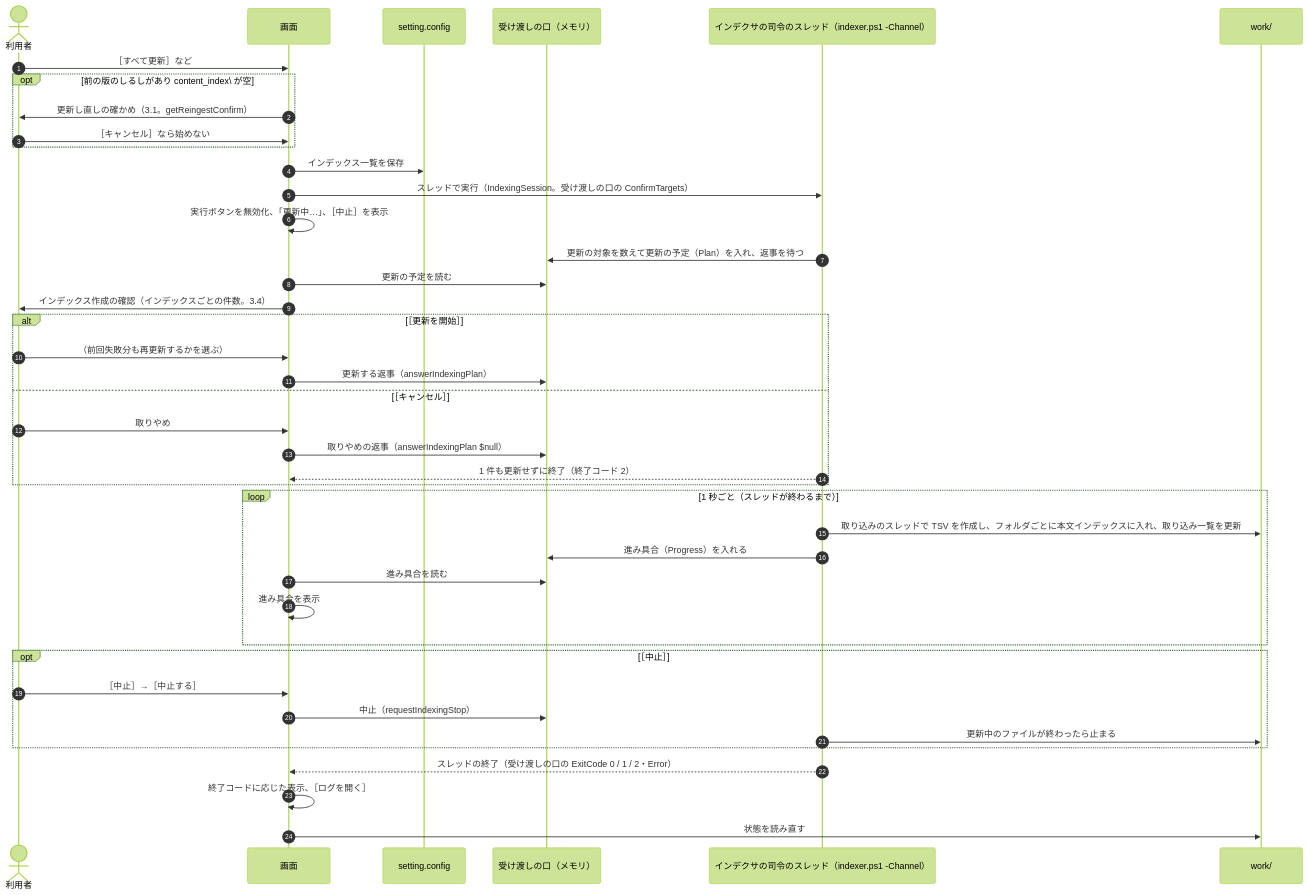
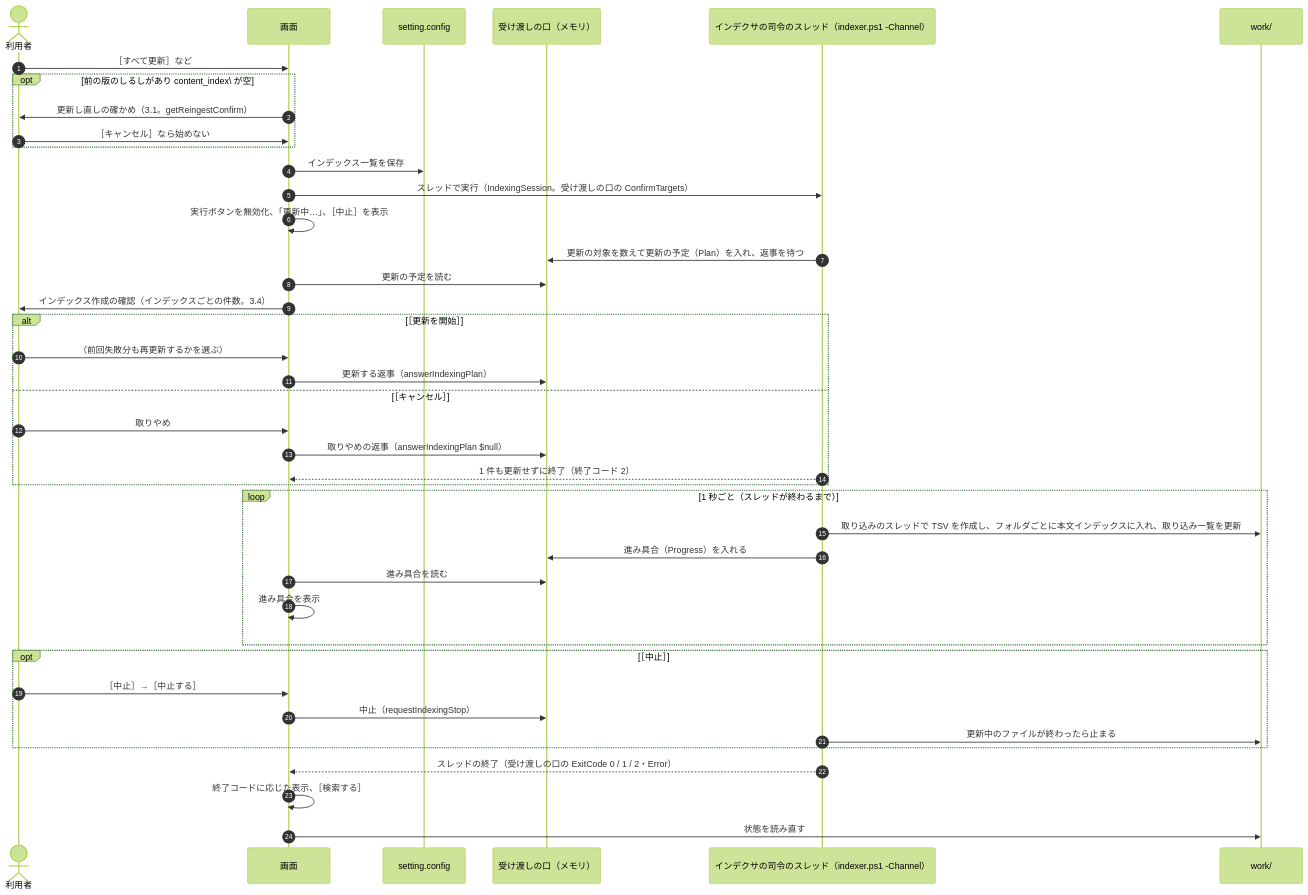
One commit to hsgwa/tebunko changed the third of 5 diagrams in docs/design/gui/state-flow.md. Above: the diagram before and after it, drawn with Mermaid (forest theme). The commit also changed 8 other files, not shown here.

````diff
--- a/docs/design/gui/state-flow.md
+++ b/docs/design/gui/state-flow.md
@@ -85,44 +85,44 @@
 ```mermaid
 sequenceDiagram
     autonumber
     actor U as 利用者
     participant G as 画面
     participant C as setting.config
     participant K as 受け渡しの口（メモリ）
     participant P as インデクサの司令のスレッド（indexer.ps1 -Channel）
     participant W as work/
 
     U->>G: ［すべて更新］など
     opt 前の版のしるしがあり content_index\ が空
         G->>U: 更新し直しの確かめ（3.1。getReingestConfirm）
         U->>G: ［キャンセル］なら始めない
     end
     G->>C: インデックス一覧を保存
     G->>P: スレッドで実行（IndexingSession。受け渡しの口の ConfirmTargets）
     G->>G: 実行ボタンを無効化、「更新中…」、［中止］を表示
     P->>K: 更新の対象を数えて更新の予定（Plan）を入れ、返事を待つ
     G->>K: 更新の予定を読む
     G->>U: インデックス作成の確認（インデックスごとの件数。3.4）
     alt ［更新を開始］
         U->>G: （前回失敗分も再更新するかを選ぶ）
         G->>K: 更新する返事（answerIndexingPlan）
     else ［キャンセル］
         U->>G: 取りやめ
         G->>K: 取りやめの返事（answerIndexingPlan $null）
         P-->>G: 1 件も更新せずに終了（終了コード 2）
     end
     loop 1 秒ごと（スレッドが終わるまで）
         P->>W: 取り込みのスレッドで TSV を作成し、フォルダごとに本文インデックスに入れ、取り込み一覧を更新
         P->>K: 進み具合（Progress）を入れる
         G->>K: 進み具合を読む
         G->>G: 進み具合を表示
     end
     opt ［中止］
         U->>G: ［中止］→［中止する］
         G->>K: 中止（requestIndexingStop）
         P->>W: 更新中のファイルが終わったら止まる
     end
     P-->>G: スレッドの終了（受け渡しの口の ExitCode 0 / 1 / 2・Error）
-    G->>G: 終了コードに応じた表示、［ログを開く］
+    G->>G: 終了コードに応じた表示、［検索する］
     G->>W: 状態を読み直す
 ```
````
